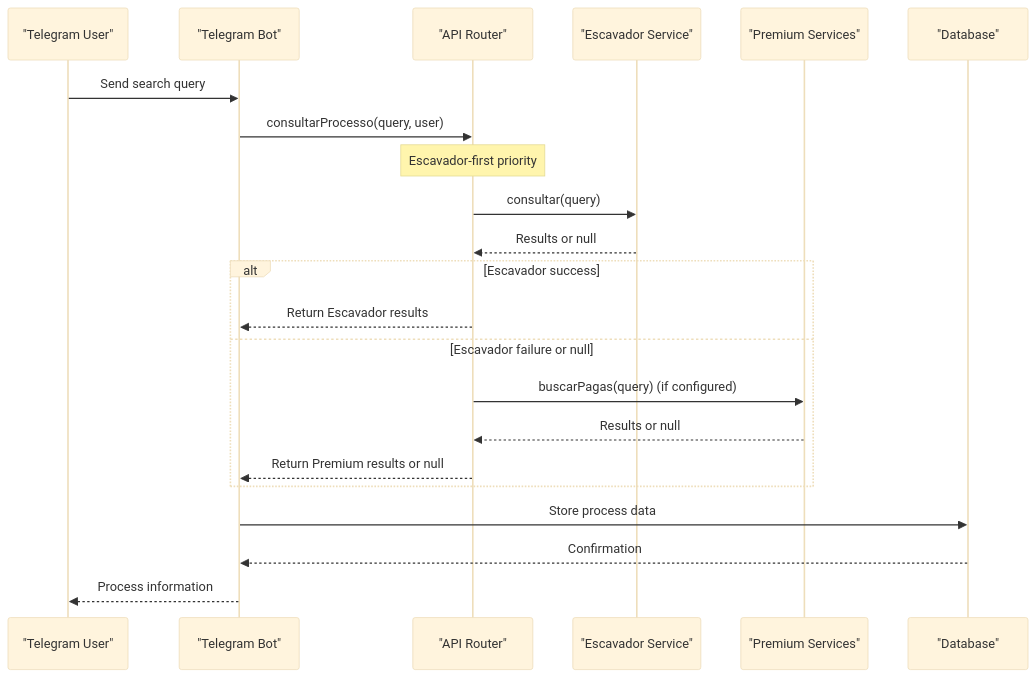
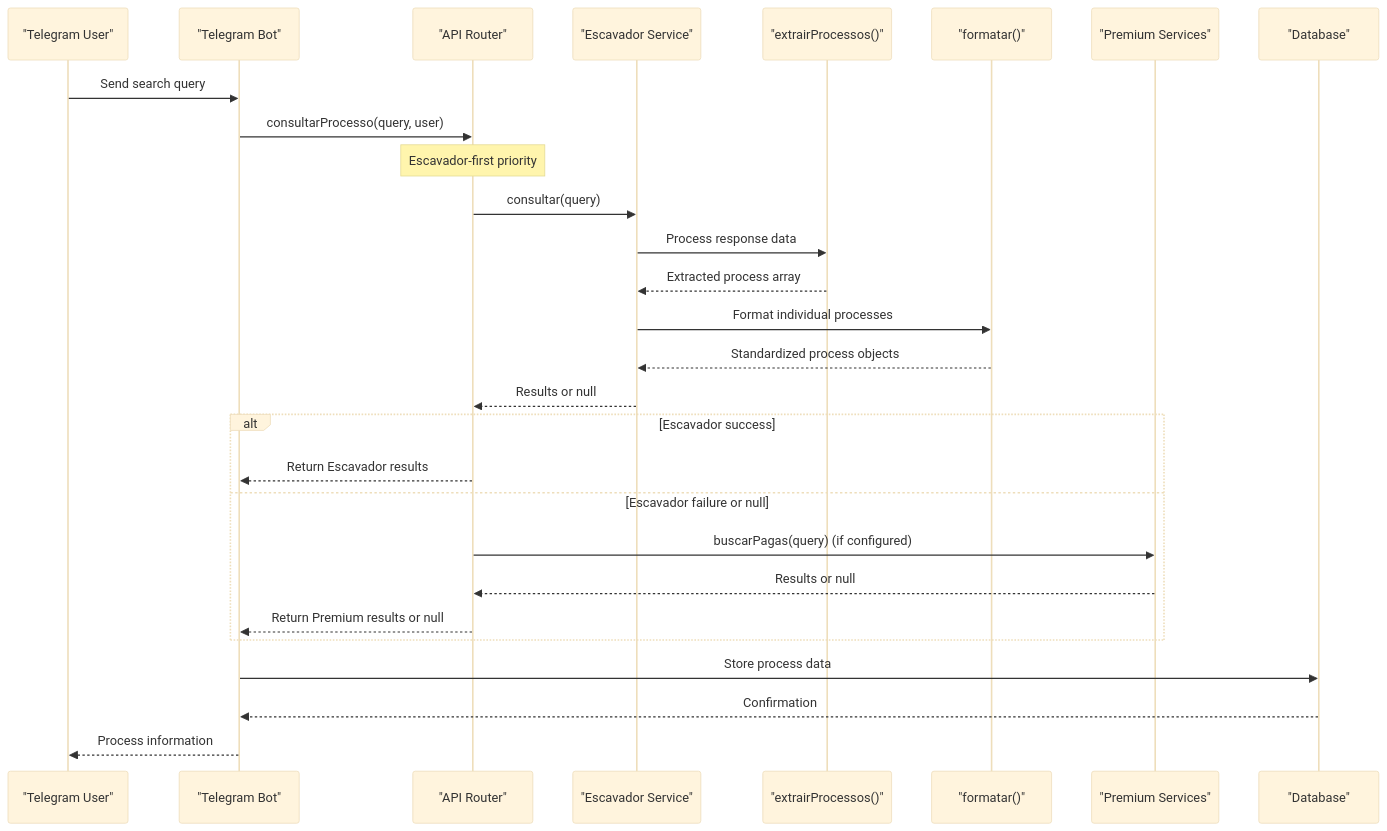
Before and after one commit to Alexandrexicara/bot-processos: the second of 13 diagrams in .qoder/repowiki/en/content/API Integration Layer/API Integration Layer.md, drawn with Mermaid (base theme). The commit also changed other lines of this file and 2 other files, not shown here.

````diff
--- a/.qoder/repowiki/en/content/API Integration Layer/API Integration Layer.md
+++ b/.qoder/repowiki/en/content/API Integration Layer/API Integration Layer.md
@@ -160,24 +164,30 @@
 ```mermaid
 sequenceDiagram
 participant User as "Telegram User"
 participant Bot as "Telegram Bot"
 participant API as "API Router"
 participant Escavador as "Escavador Service"
+participant Extract as "extrairProcessos()"
+participant Format as "formatar()"
 participant Premium as "Premium Services"
 participant DB as "Database"
 User->>Bot : Send search query
 Bot->>API : consultarProcesso(query, user)
 Note over API : Escavador-first priority
 API->>Escavador : consultar(query)
+Escavador->>Extract : Process response data
+Extract-->>Escavador : Extracted process array
+Escavador->>Format : Format individual processes
+Format-->>Escavador : Standardized process objects
 Escavador-->>API : Results or null
 alt Escavador success
 API-->>Bot : Return Escavador results
 else Escavador failure or null
 API->>Premium : buscarPagas(query) (if configured)
 Premium-->>API : Results or null
 API-->>Bot : Return Premium results or null
 end
 Bot->>DB : Store process data
 DB-->>Bot : Confirmation
 Bot-->>User : Process information
 ```
````
